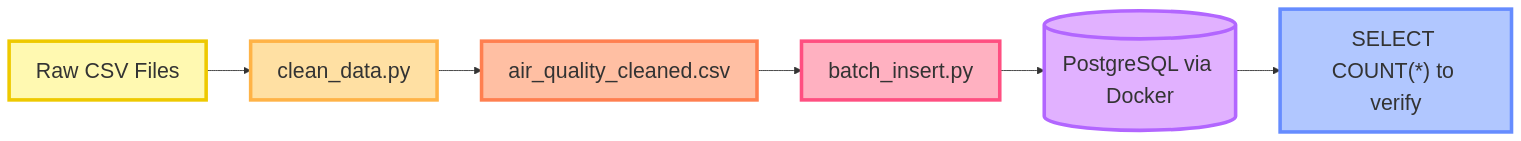
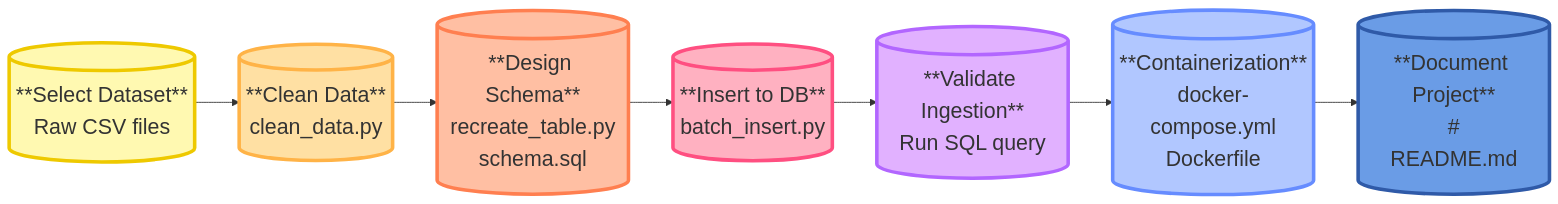
One commit to SkyFly03/DLBDSEDE02-Data-Engineering changed the diagram in data/README.md. Above: the diagram before and after it, drawn with Mermaid. The commit also changed other lines of this file, not shown here.

````diff
--- a/data/README.md
+++ b/data/README.md
@@ -42,16 +42,18 @@
 ```mermaid
 graph LR
-    A[  Raw CSV Files  ] --> B[  clean_data.py  ]
-    B --> C[  air_quality_cleaned.csv  ]
-    C --> D[  batch_insert.py  ]
-    D --> E[(  PostgreSQL via Docker  )]
-    E --> F["  SELECT COUNT(*) to verify  "]
+    A[(  **Select Dataset**<br/>Raw CSV files  )] --> B[(  **Clean Data**<br/>clean_data.py  )]
+    B --> C[(  **Design Schema**<br/>recreate_table.py<br/>schema.sql  )]
+    C --> D[(  **Insert to DB**<br/>batch_insert.py  )]
+    D --> E[(  **Validate Ingestion**<br/>Run SQL query  )]
+    E --> F[(  **Containerization**<br/>docker-compose.yml<br/>Dockerfile  )]
+    F --> G[(  **Document Project**<br/>#<br/>README.md  )]
 
-    %% Node colors and font size for bigger boxes
+    %% Node colors and font size
     style A fill:#fff9b1,stroke:#eec900,stroke-width:4px,font-size:24px
     style B fill:#ffe0a3,stroke:#ffb347,stroke-width:4px,font-size:24px
     style C fill:#ffbfa3,stroke:#ff7f50,stroke-width:4px,font-size:24px
     style D fill:#ffb1c1,stroke:#ff4f81,stroke-width:4px,font-size:24px
     style E fill:#e1b1ff,stroke:#b266ff,stroke-width:4px,font-size:24px
     style F fill:#b1c7ff,stroke:#668cff,stroke-width:4px,font-size:24px
+    style G fill:#6a9ce6,stroke:#2f5aa8,stroke-width:4px,font-size:24px
 ```
````
